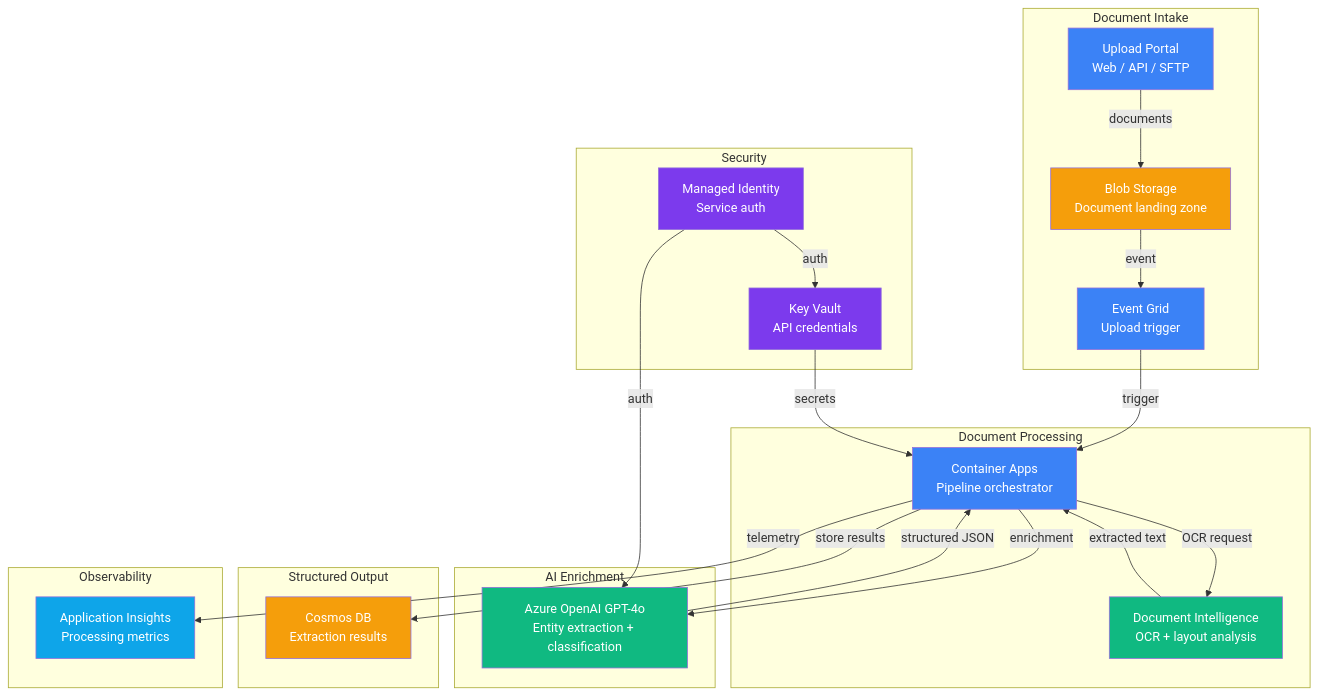
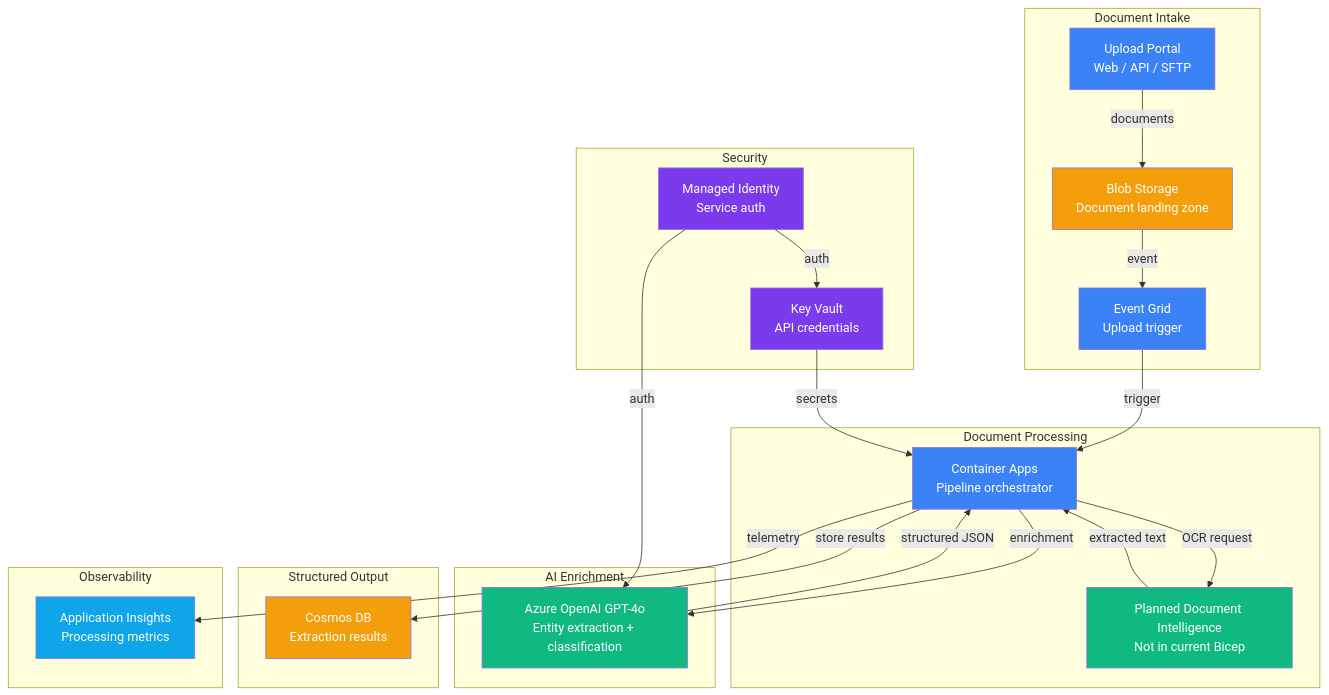
One commit to frootai/frootai changed the diagram in .factory/docs/solution-plays/06-document-intelligence.mdx. Above: the diagram before and after it, drawn with Mermaid. The commit also changed other lines of this file and 103 other files, not shown here.

````diff
--- a/.factory/docs/solution-plays/06-document-intelligence.mdx
+++ b/.factory/docs/solution-plays/06-document-intelligence.mdx
@@ -33,54 +33,54 @@
 ```mermaid
 graph TB
     subgraph Ingest["Document Intake"]
         UPLOAD[Upload Portal<br/>Web / API / SFTP]
         BLOB[Blob Storage<br/>Document landing zone]
         EG[Event Grid<br/>Upload trigger]
     end
 
     subgraph Processing["Document Processing"]
         CA[Container Apps<br/>Pipeline orchestrator]
-        DI[Document Intelligence<br/>OCR + layout analysis]
+        DI[Planned Document Intelligence<br/>Not in current Bicep]
     end
 
     subgraph AI["AI Enrichment"]
         AOAI[Azure OpenAI GPT-4o<br/>Entity extraction + classification]
     end
 
     subgraph Data["Structured Output"]
         COSMOS[Cosmos DB<br/>Extraction results]
     end
 
     subgraph Security["Security"]
         KV[Key Vault<br/>API credentials]
         MI[Managed Identity<br/>Service auth]
     end
 
     subgraph Monitoring["Observability"]
         AI_INS[Application Insights<br/>Processing metrics]
     end
 
     UPLOAD -->|documents| BLOB
     BLOB -->|event| EG
     EG -->|trigger| CA
     CA -->|OCR request| DI
     DI -->|extracted text| CA
     CA -->|enrichment| AOAI
     AOAI -->|structured JSON| CA
     CA -->|store results| COSMOS
     MI -->|auth| AOAI
     MI -->|auth| KV
     KV -->|secrets| CA
     CA -->|telemetry| AI_INS
 
     style UPLOAD fill:#3b82f6,color:#fff
     style BLOB fill:#f59e0b,color:#fff
     style EG fill:#3b82f6,color:#fff
     style CA fill:#3b82f6,color:#fff
     style DI fill:#10b981,color:#fff
     style AOAI fill:#10b981,color:#fff
     style COSMOS fill:#f59e0b,color:#fff
     style KV fill:#7c3aed,color:#fff
     style MI fill:#7c3aed,color:#fff
     style AI_INS fill:#0ea5e9,color:#fff
 ```
````
